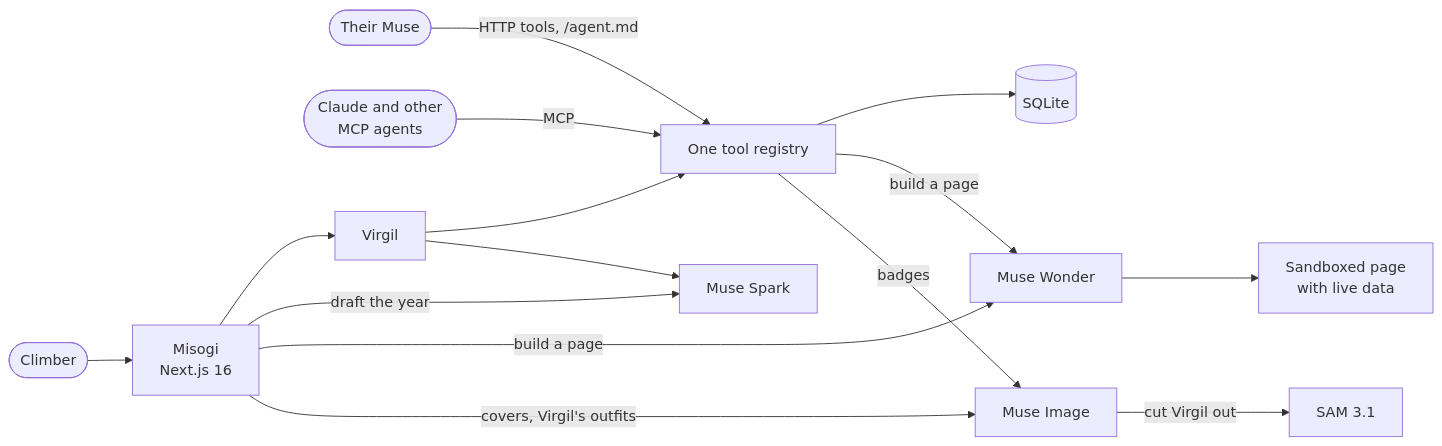
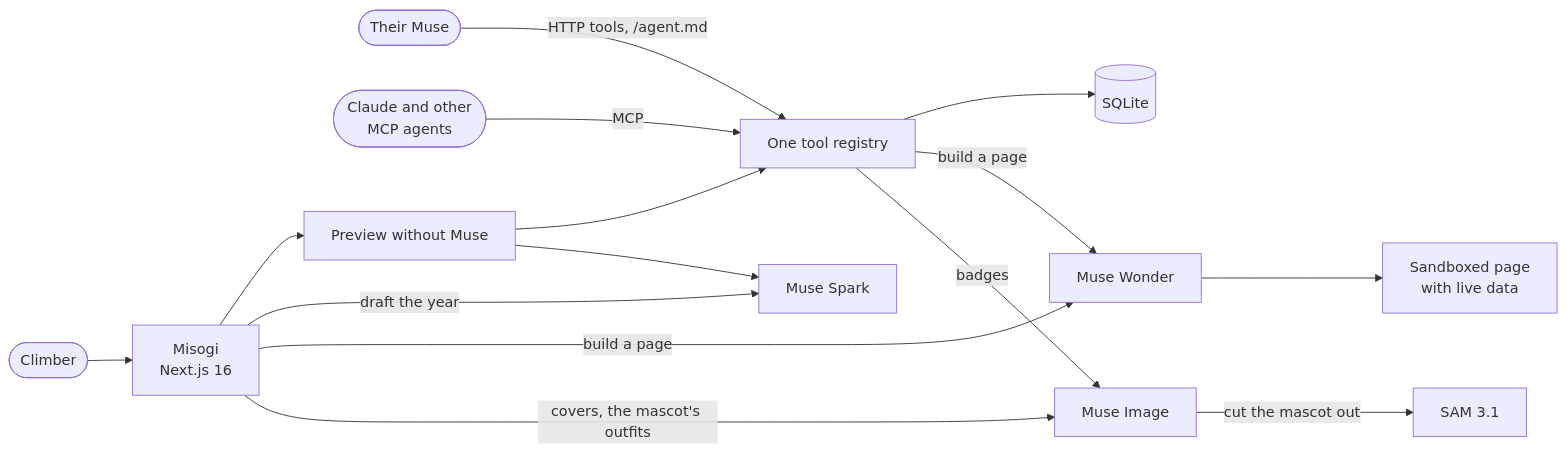
Before and after one commit to markmdev/misogi: the diagram in README.md, drawn with Mermaid. The commit also changed other lines of this file and 11 other files, not shown here.

First line of the commit message:
No Virgil in the site's words: the helper is a preview of Muse, and Muse is the coach

````diff
--- a/README.md
+++ b/README.md
@@ -49,16 +49,16 @@
 ```mermaid
 flowchart LR
   person([Climber]) --> web[Misogi<br/>Next.js 16]
   muse([Their Muse]) -->|HTTP tools, /agent.md| tools
   mcp([Claude and other<br/>MCP agents]) -->|MCP| tools
-  web --> virgil[Virgil] --> tools[One tool registry]
+  web --> virgil[Preview without Muse] --> tools[One tool registry]
   tools --> db[(SQLite)]
   web -->|draft the year| spark[Muse Spark]
   virgil --> spark
   web -->|build a page| wonder[Muse Wonder]
   tools -->|build a page| wonder
   wonder --> frame[Sandboxed page<br/>with live data]
-  web -->|covers, Virgil's outfits| image[Muse Image]
-  image -->|cut Virgil out| sam[SAM 3.1]
+  web -->|covers, the mascot's outfits| image[Muse Image]
+  image -->|cut the mascot out| sam[SAM 3.1]
   tools -->|badges| image
 ```
````
